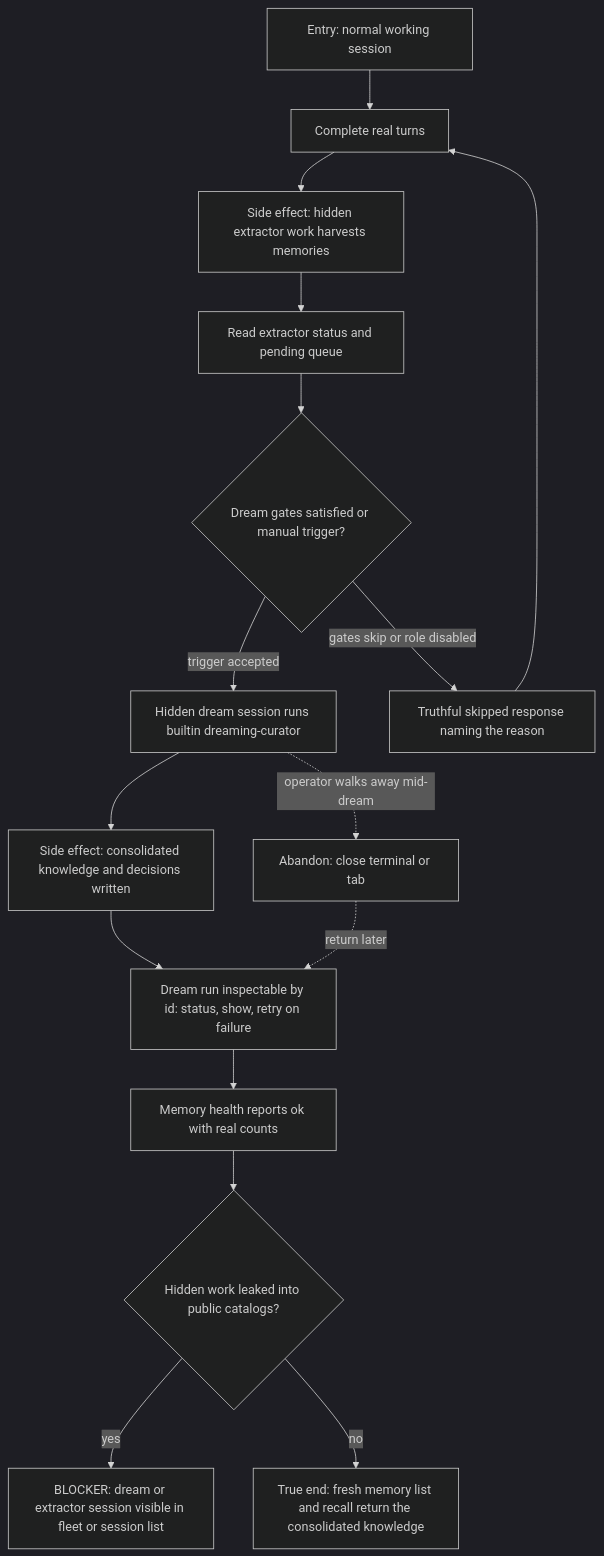
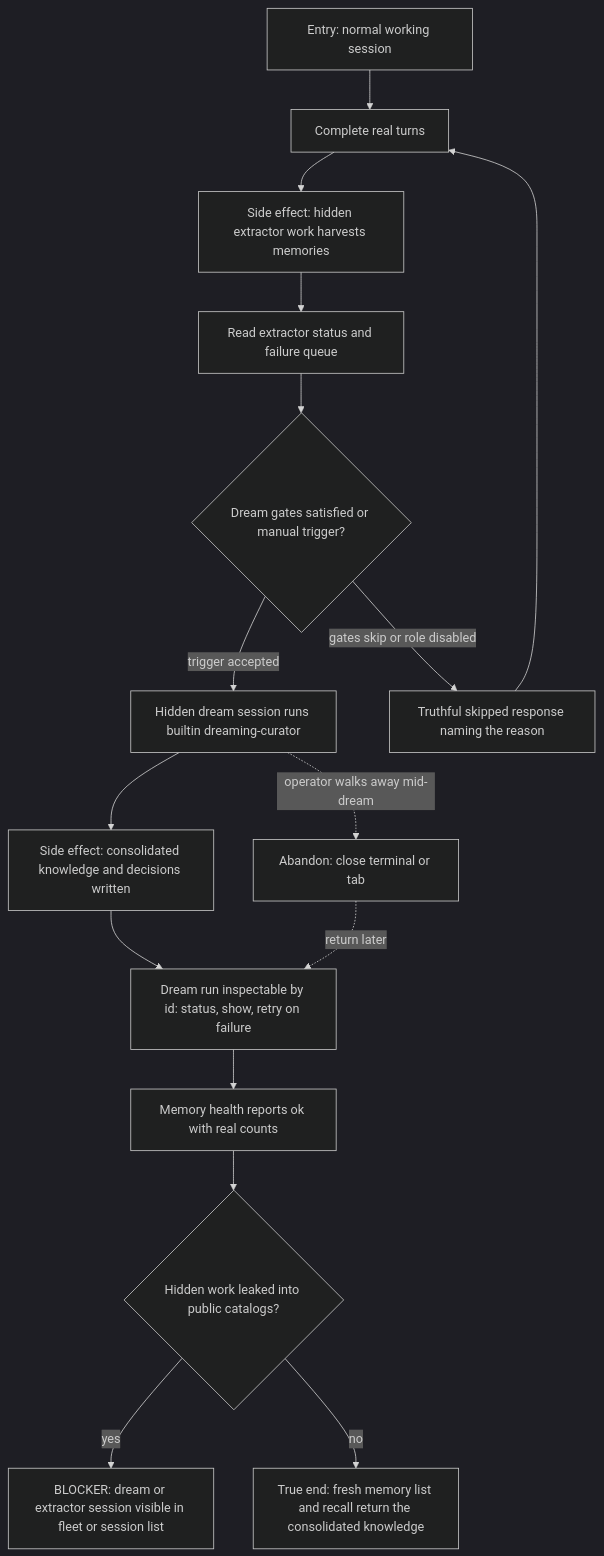
Before and after one commit to compozy/compozy: the diagram in docs/qa/journeys/J-digest-sessions-into-memory.md, drawn with Mermaid (dark theme). The commit also changed other lines of this file and 583 other files, not shown here.

````diff
--- a/docs/qa/journeys/J-digest-sessions-into-memory.md
+++ b/docs/qa/journeys/J-digest-sessions-into-memory.md
@@ -5,18 +5,18 @@
 ```mermaid
 flowchart TD
     A[Entry: normal working session] --> B[Complete real turns]
     B --> C[Side effect: hidden extractor work harvests memories]
-    C --> D[Read extractor status and pending queue]
+    C --> D[Read extractor status and failure queue]
     D --> E{Dream gates satisfied or manual trigger?}
     E -->|trigger accepted| F[Hidden dream session runs builtin dreaming-curator]
     E -->|gates skip or role disabled| S[Truthful skipped response naming the reason]
     S --> B
     F --> G[Side effect: consolidated knowledge and decisions written]
     G --> H[Dream run inspectable by id: status, show, retry on failure]
     H --> I[Memory health reports ok with real counts]
     I --> J{Hidden work leaked into public catalogs?}
     J -->|yes| X1[BLOCKER: dream or extractor session visible in fleet or session list]
     J -->|no| K[True end: fresh memory list and recall return the consolidated knowledge]
     F -.->|operator walks away mid-dream| AB[Abandon: close terminal or tab]
     AB -.->|return later| H
 ```
````
